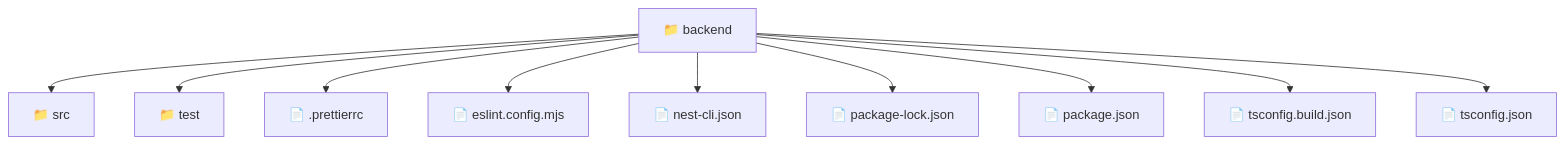
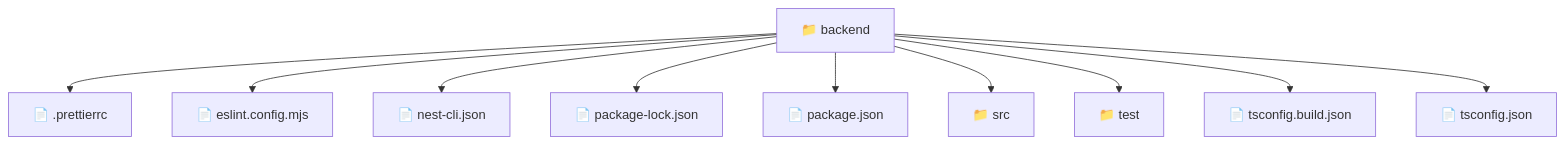
The diagram in backend/README.md (beginwebdev2002/fullstack-mavluda), drawn with Mermaid before and after one commit. The commit also changed other lines of this file and 164 other files, not shown here.

First line of the commit message:
docs: generate comprehensive architectural READMEs recursively

````diff
--- a/backend/README.md
+++ b/backend/README.md
@@ -9,13 +9,13 @@
 ```mermaid
 graph TD
-  Root["📁 backend"]
-  Root --> src["📁 src"]
-  Root --> test["📁 test"]
-  Root --> _prettierrc["📄 .prettierrc"]
-  Root --> eslint_config_mjs["📄 eslint.config.mjs"]
-  Root --> nest_cli_json["📄 nest-cli.json"]
-  Root --> package_lock_json["📄 package-lock.json"]
-  Root --> package_json["📄 package.json"]
-  Root --> tsconfig_build_json["📄 tsconfig.build.json"]
-  Root --> tsconfig_json["📄 tsconfig.json"]
+  Root_backend["📁 backend"]
+  Root_backend --> f__prettierrc["📄 .prettierrc"]
+  Root_backend --> f_eslint_config_mjs["📄 eslint.config.mjs"]
+  Root_backend --> f_nest_cli_json["📄 nest-cli.json"]
+  Root_backend --> f_package_lock_json["📄 package-lock.json"]
+  Root_backend --> f_package_json["📄 package.json"]
+  Root_backend --> d_src["📁 src"]
+  Root_backend --> d_test["📁 test"]
+  Root_backend --> f_tsconfig_build_json["📄 tsconfig.build.json"]
+  Root_backend --> f_tsconfig_json["📄 tsconfig.json"]
 ```
````
